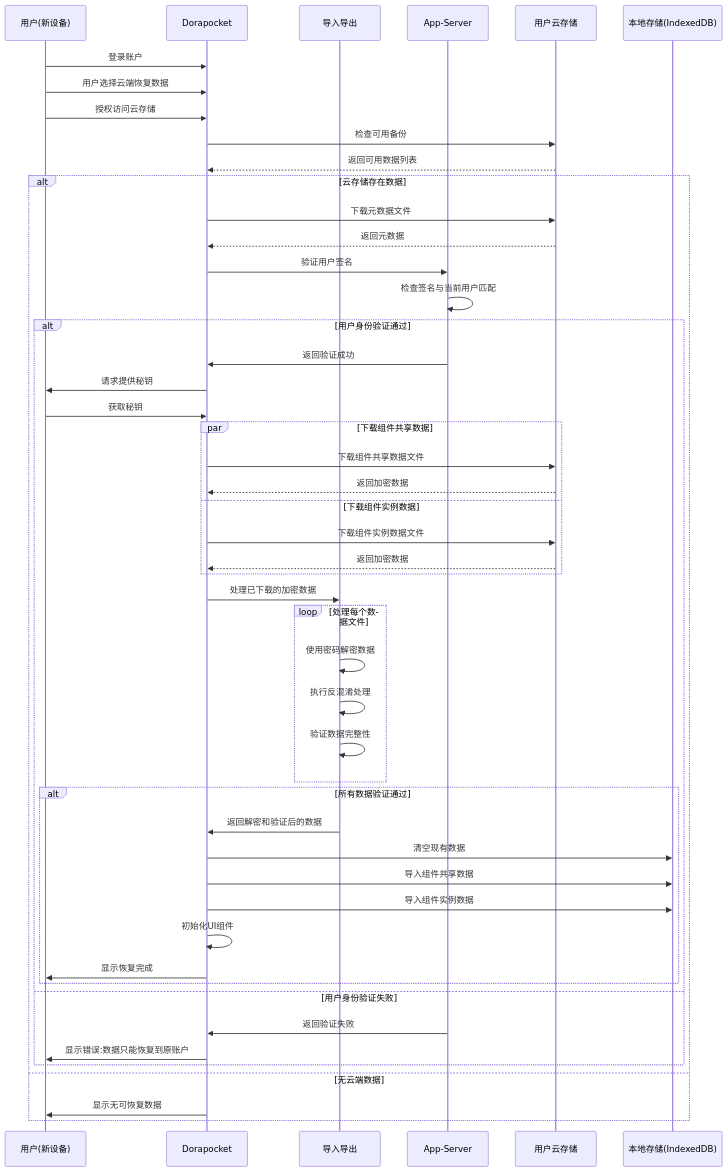
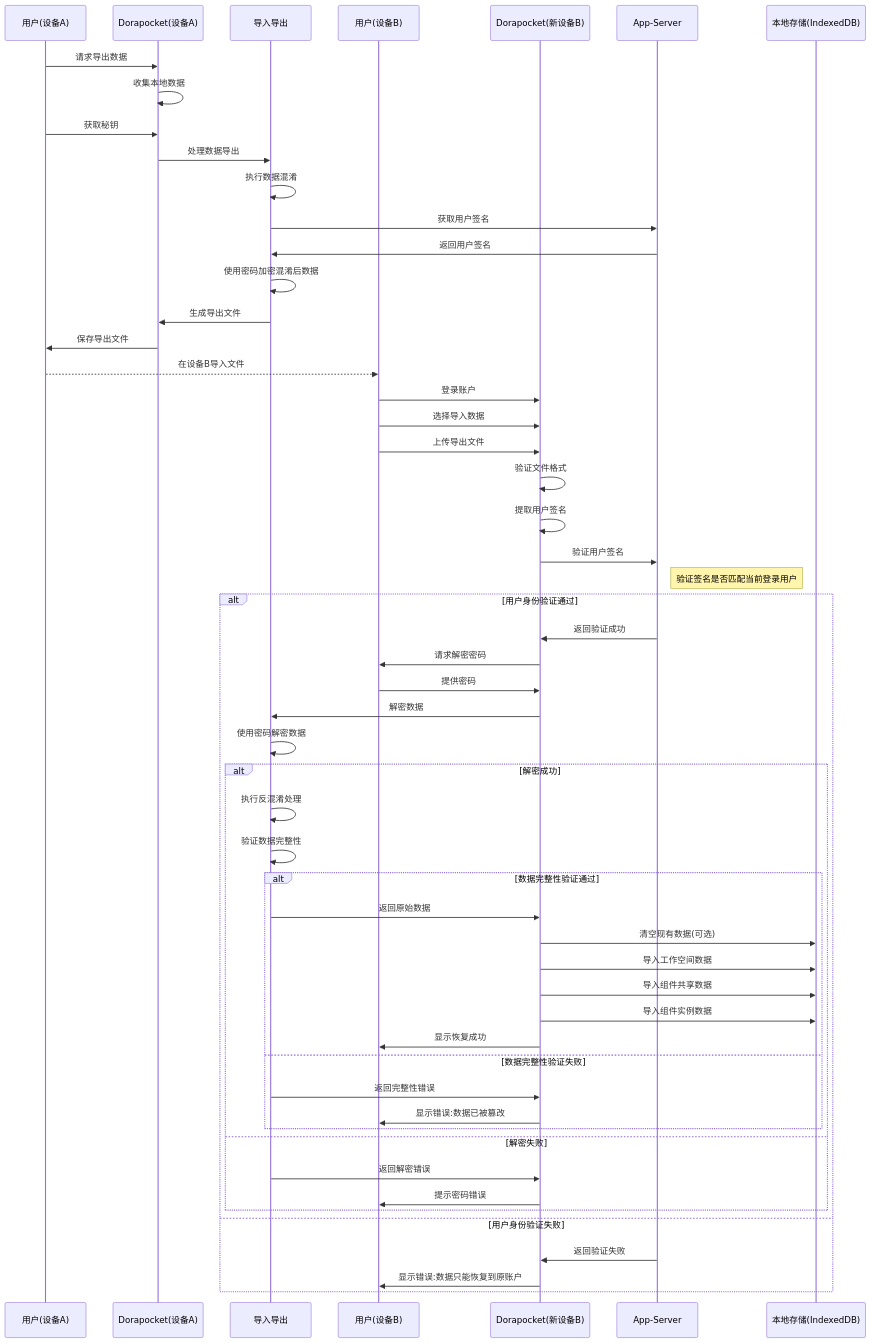
One commit to yingjianzh/iodraw-files changed the diagram in all/未命名-37.md. Above: the diagram before and after it, drawn with Mermaid.

Commit message:
2025-04-18 16:15:47 update

````diff
--- a/all/未命名-37.md
+++ b/all/未命名-37.md
@@ -1,65 +1,71 @@
 ```mermaid
 
 sequenceDiagram
-    participant User as 用户(新设备)
-    participant App as Dorapocket
+    participant UserOld as 用户(设备A)
+    participant AppOld as Dorapocket(设备A)
     participant Security as 导入导出
+    participant UserNew as 用户(设备B)
+    participant AppNew as Dorapocket(新设备B)
     participant AppServer as App-Server
-    participant UserCloud as 用户云存储
     participant LocalDB as 本地存储(IndexedDB)
     
-    User->>App: 登录账户
-    User->>App: 用户选择云端恢复数据
-    User->>App: 授权访问云存储
+    %% 导出流程
+    UserOld->>AppOld: 请求导出数据
+    AppOld->>AppOld: 收集本地数据
+    UserOld->>AppOld: 获取秘钥
     
-    App->>UserCloud: 检查可用备份
-    UserCloud-->>App: 返回可用数据列表
+    AppOld->>Security: 处理数据导出
+    Security->>Security: 执行数据混淆
+    Security->>AppServer: 获取用户签名
+    AppServer->>Security: 返回用户签名
+    Security->>Security: 使用密码加密混淆后数据
+    Security->>AppOld: 生成导出文件
+    AppOld->>UserOld: 保存导出文件
     
-    alt 云存储存在数据
+    %% 传输文件(由用户完成)
+    UserOld-->>UserNew: 在设备B导入文件
+    
+    %% 恢复流程
+    UserNew->>AppNew: 登录账户
+    UserNew->>AppNew: 选择导入数据
+    UserNew->>AppNew: 上传导出文件
+    
+    AppNew->>AppNew: 验证文件格式
+    AppNew->>AppNew: 提取用户签名
+    
+    AppNew->>AppServer: 验证用户签名
+    note right of AppServer: 验证签名是否匹配当前登录用户
+    
+    alt 用户身份验证通过
+        AppServer->>AppNew: 返回验证成功
+        AppNew->>UserNew: 请求解密密码
+        UserNew->>AppNew: 提供密码
         
-        App->>UserCloud: 下载元数据文件
-        UserCloud-->>App: 返回元数据
+        AppNew->>Security: 解密数据
+        Security->>Security: 使用密码解密数据
         
-        App->>AppServer: 验证用户签名
-        AppServer->>AppServer: 检查签名与当前用户匹配
-        
-        alt 用户身份验证通过
-            AppServer->>App: 返回验证成功
+        alt 解密成功
+            Security->>Security: 执行反混淆处理
+            Security->>Security: 验证数据完整性
             
-            App->>User: 请求提供秘钥
-            User->>App: 获取秘钥
-            
-            par 下载组件共享数据
-                App->>UserCloud: 下载组件共享数据文件
-                UserCloud-->>App: 返回加密数据
-            and 下载组件实例数据
-                App->>UserCloud: 下载组件实例数据文件
-                UserCloud-->>App: 返回加密数据
+            alt 数据完整性验证通过
+                Security->>AppNew: 返回原始数据
+                AppNew->>LocalDB: 清空现有数据(可选)
+                AppNew->>LocalDB: 导入工作空间数据
+                AppNew->>LocalDB: 导入组件共享数据
+                AppNew->>LocalDB: 导入组件实例数据
+                AppNew->>UserNew: 显示恢复成功
+            else 数据完整性验证失败
+                Security->>AppNew: 返回完整性错误
+                AppNew->>UserNew: 显示错误:数据已被篡改
             end
-            
-            App->>Security: 处理已下载的加密数据
-            loop 处理每个数据文件
-                Security->>Security: 使用密码解密数据
-                Security->>Security: 执行反混淆处理
-                Security->>Security: 验证数据完整性
-            end
-            
-            alt 所有数据验证通过
-                Security->>App: 返回解密和验证后的数据
-                
-                App->>LocalDB: 清空现有数据
-                App->>LocalDB: 导入组件共享数据
-                App->>LocalDB: 导入组件实例数据
-                
-                App->>App: 初始化UI组件
-                App->>User: 显示恢复完成
-            end
-        else 用户身份验证失败
-            AppServer->>App: 返回验证失败
-            App->>User: 显示错误:数据只能恢复到原账户
+        else 解密失败
+            Security->>AppNew: 返回解密错误
+            AppNew->>UserNew: 提示密码错误
         end
-    else 无云端数据
-        App->>User: 显示无可恢复数据
+    else 用户身份验证失败
+        AppServer->>AppNew: 返回验证失败
+        AppNew->>UserNew: 显示错误:数据只能恢复到原账户
     end
 
 ```
````
